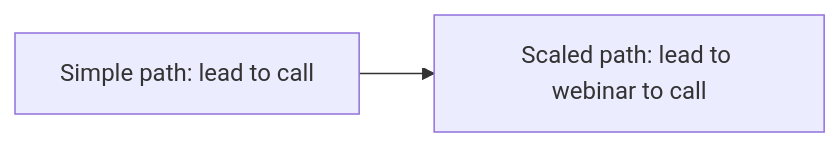
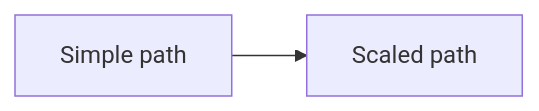
Before and after one commit to redrhino-online/red-canon: the third of 3 diagrams in docs/ops/playbooks/funnel.md, drawn with Mermaid. The commit also changed other lines of this file and 11 other files, not shown here.

````diff
--- a/docs/ops/playbooks/funnel.md
+++ b/docs/ops/playbooks/funnel.md
@@ -71,4 +107,4 @@
 ```mermaid
 flowchart LR
-    A[Simple path: lead to call] --> B[Scaled path: lead to webinar to call]
+    A[Simple path] --> B[Scaled path]
 ```
````
